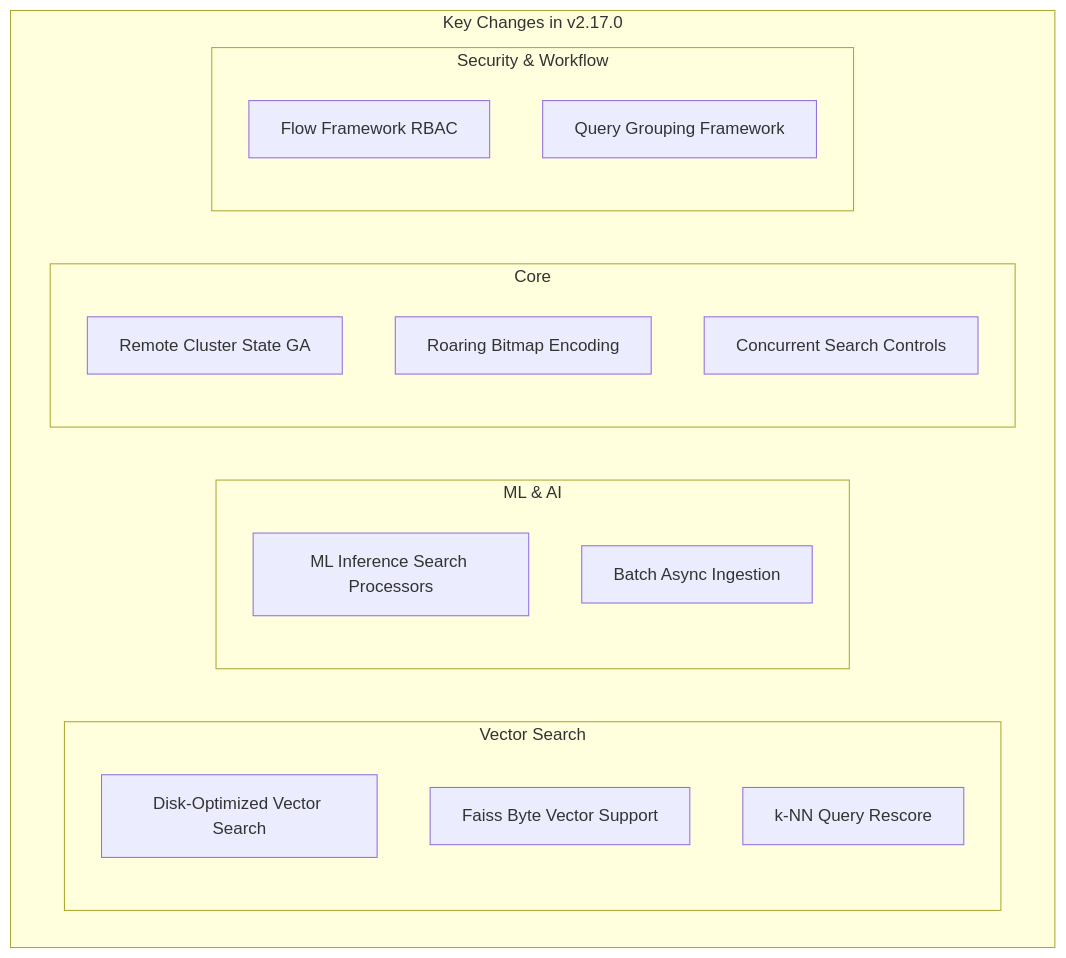
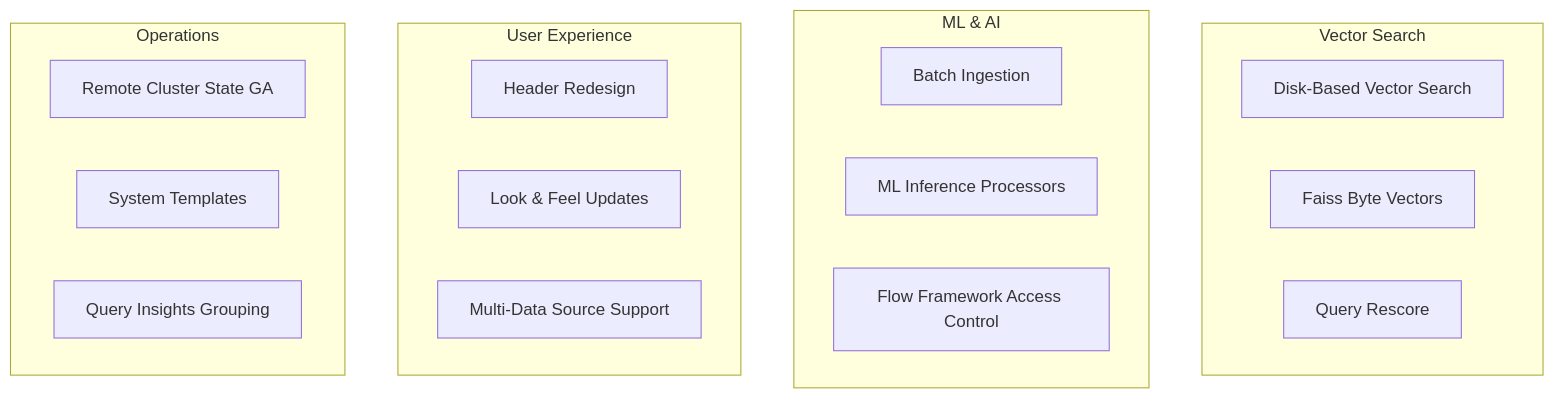
Before and after one commit to tkykenmt/opensearch-feature-explorer: the diagram in docs/releases/v2.17.0/summary.md, drawn with Mermaid. The commit also changed other lines of this file, not shown here.

````diff
--- a/docs/releases/v2.17.0/summary.md
+++ b/docs/releases/v2.17.0/summary.md
@@ -9,23 +9,26 @@
 ```mermaid
 graph TB
-    subgraph "Key Changes in v2.17.0"
-        subgraph "Vector Search"
-            A[Disk-Optimized Vector Search]
-            B[Faiss Byte Vector Support]
-            C[k-NN Query Rescore]
-        end
-        subgraph "ML & AI"
-            D[ML Inference Search Processors]
-            E[Batch Async Ingestion]
-        end
-        subgraph "Core"
-            F[Remote Cluster State GA]
-            G[Roaring Bitmap Encoding]
-            H[Concurrent Search Controls]
-        end
-        subgraph "Security & Workflow"
-            I[Flow Framework RBAC]
-            J[Query Grouping Framework]
-        end
+    subgraph "Vector Search"
+        A[Disk-Based Vector Search]
+        B[Faiss Byte Vectors]
+        C[Query Rescore]
+    end
+    
+    subgraph "ML & AI"
+        D[Batch Ingestion]
+        E[ML Inference Processors]
+        F[Flow Framework Access Control]
+    end
+    
+    subgraph "User Experience"
+        G[Header Redesign]
+        H[Look & Feel Updates]
+        I[Multi-Data Source Support]
+    end
+    
+    subgraph "Operations"
+        J[Remote Cluster State GA]
+        K[System Templates]
+        L[Query Insights Grouping]
     end
 ```
````
